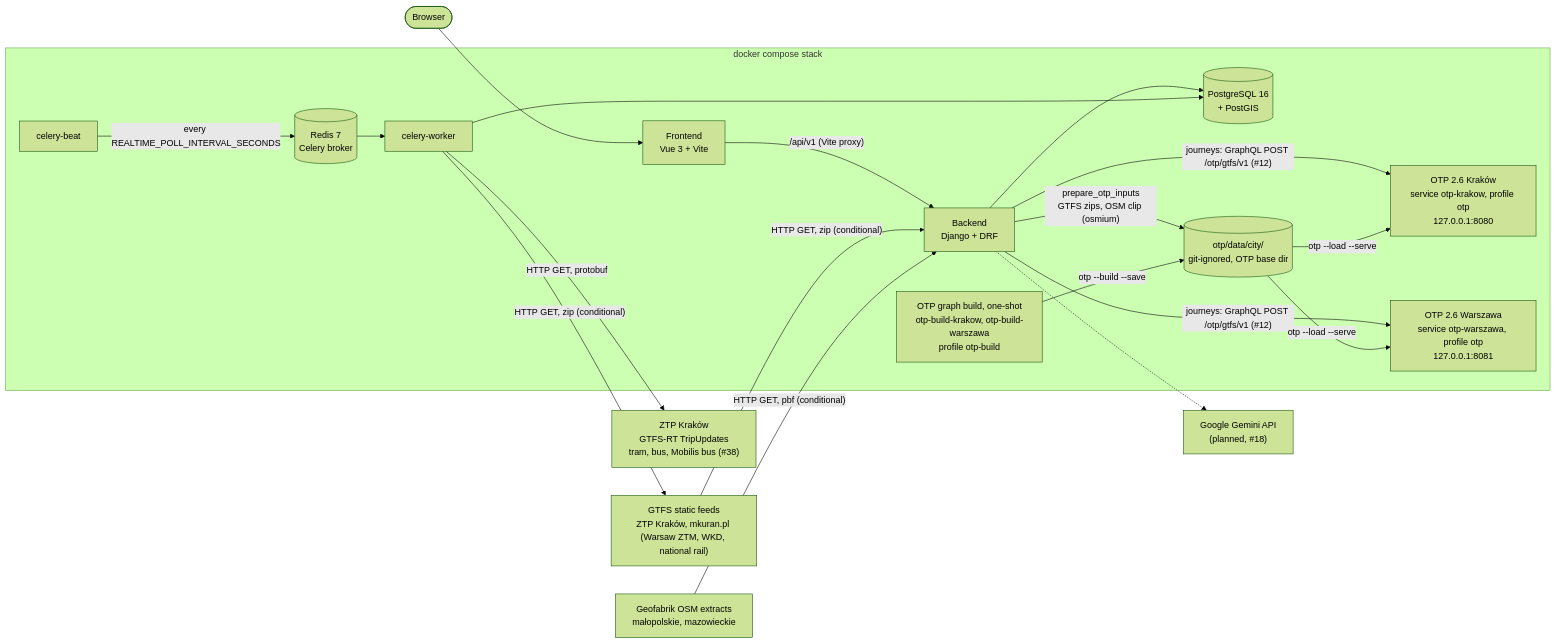
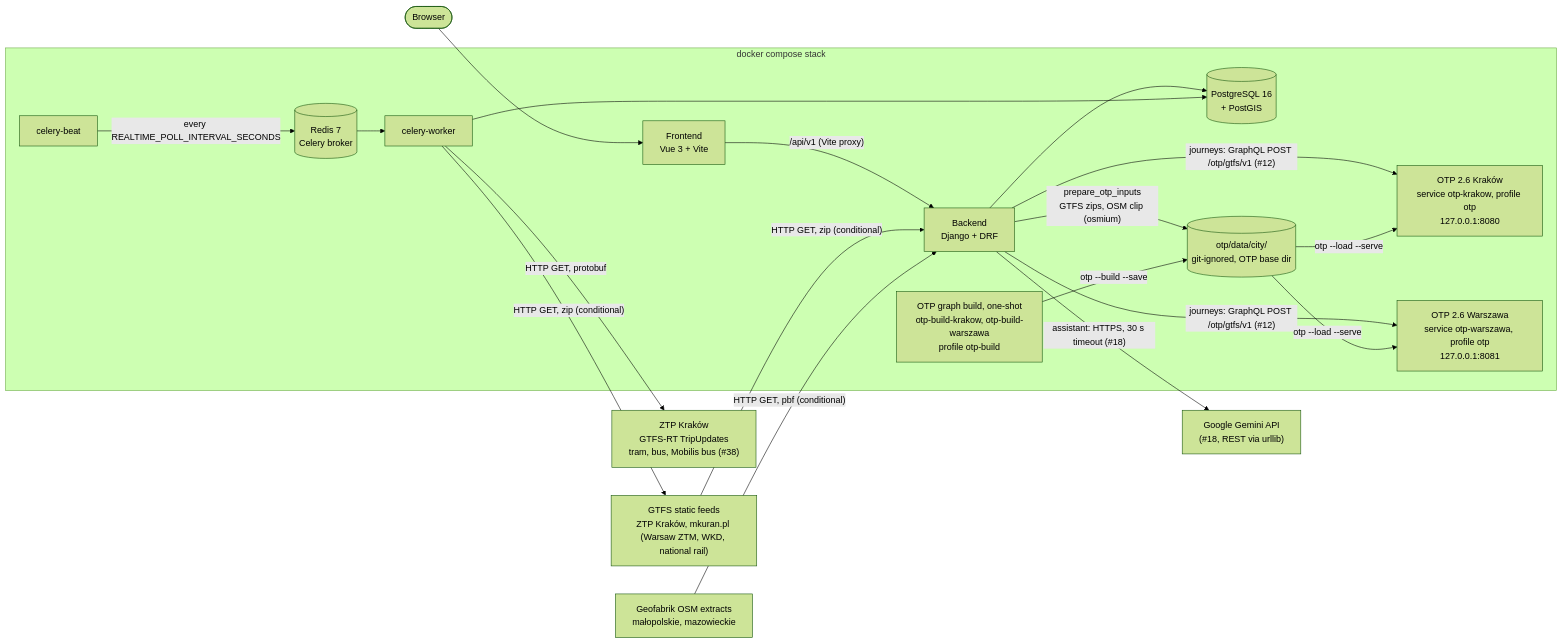
Before and after one commit to PiotrFrasik/lepszejakdojade: the first of 7 diagrams in docs/architecture.md, drawn with Mermaid (forest theme). The commit also changed other lines of this file and 3 other files, not shown here.

Commit message:
docs: document assistant architecture and decisions

````diff
--- a/docs/architecture.md
+++ b/docs/architecture.md
@@ -8,40 +8,40 @@
 ```mermaid
 flowchart LR
     user(["Browser"])
 
     subgraph stack["docker compose stack"]
         fe["Frontend<br/>Vue 3 + Vite"]
         be["Backend<br/>Django + DRF"]
         cw["celery-worker"]
         cb["celery-beat"]
         redis[("Redis 7<br/>Celery broker")]
         db[("PostgreSQL 16<br/>+ PostGIS")]
         otpdata[("otp/data/city/<br/>git-ignored, OTP base dir")]
         okr["OTP 2.6 Kraków<br/>service otp-krakow, profile otp<br/>127.0.0.1:8080"]
         owa["OTP 2.6 Warszawa<br/>service otp-warszawa, profile otp<br/>127.0.0.1:8081"]
         obuild["OTP graph build, one-shot<br/>otp-build-krakow, otp-build-warszawa<br/>profile otp-build"]
     end
 
-    gemini["Google Gemini API<br/>(planned, #18)"]
+    gemini["Google Gemini API<br/>(#18, REST via urllib)"]
     ztp["ZTP Kraków<br/>GTFS-RT TripUpdates<br/>tram, bus, Mobilis bus (#38)"]
     gtfs["GTFS static feeds<br/>ZTP Kraków, mkuran.pl (Warsaw ZTM, WKD, national rail)"]
     osm["Geofabrik OSM extracts<br/>małopolskie, mazowieckie"]
 
     user --> fe
     fe -- "/api/v1 (Vite proxy)" --> be
     be --> db
     cb -- "every REALTIME_POLL_INTERVAL_SECONDS" --> redis
     redis --> cw
     cw --> db
     cw -- "HTTP GET, protobuf" --> ztp
     be -- "journeys: GraphQL POST /otp/gtfs/v1 (#12)" --> okr
     be -- "journeys: GraphQL POST /otp/gtfs/v1 (#12)" --> owa
-    be -.-> gemini
+    be -- "assistant: HTTPS, 30 s timeout (#18)" --> gemini
     cw -- "HTTP GET, zip (conditional)" --> gtfs
     gtfs -- "HTTP GET, zip (conditional)" --> be
     osm -- "HTTP GET, pbf (conditional)" --> be
     be -- "prepare_otp_inputs<br/>GTFS zips, OSM clip (osmium)" --> otpdata
     obuild -- "otp --build --save" --> otpdata
     otpdata -- "otp --load --serve" --> okr
     otpdata -- "otp --load --serve" --> owa
 ```
````
